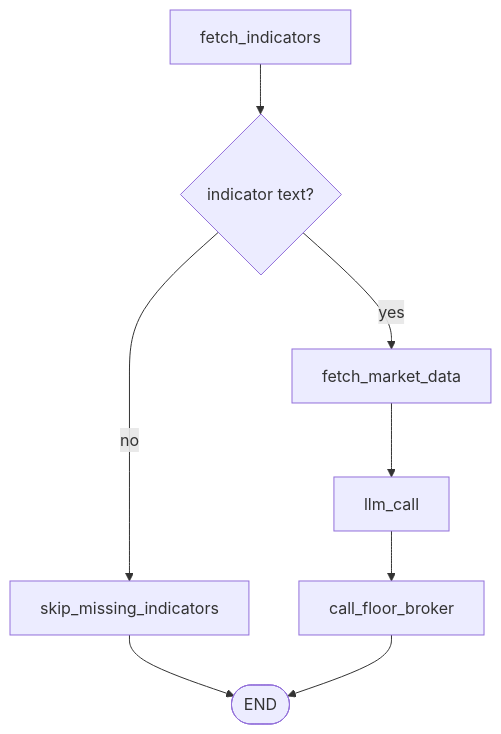
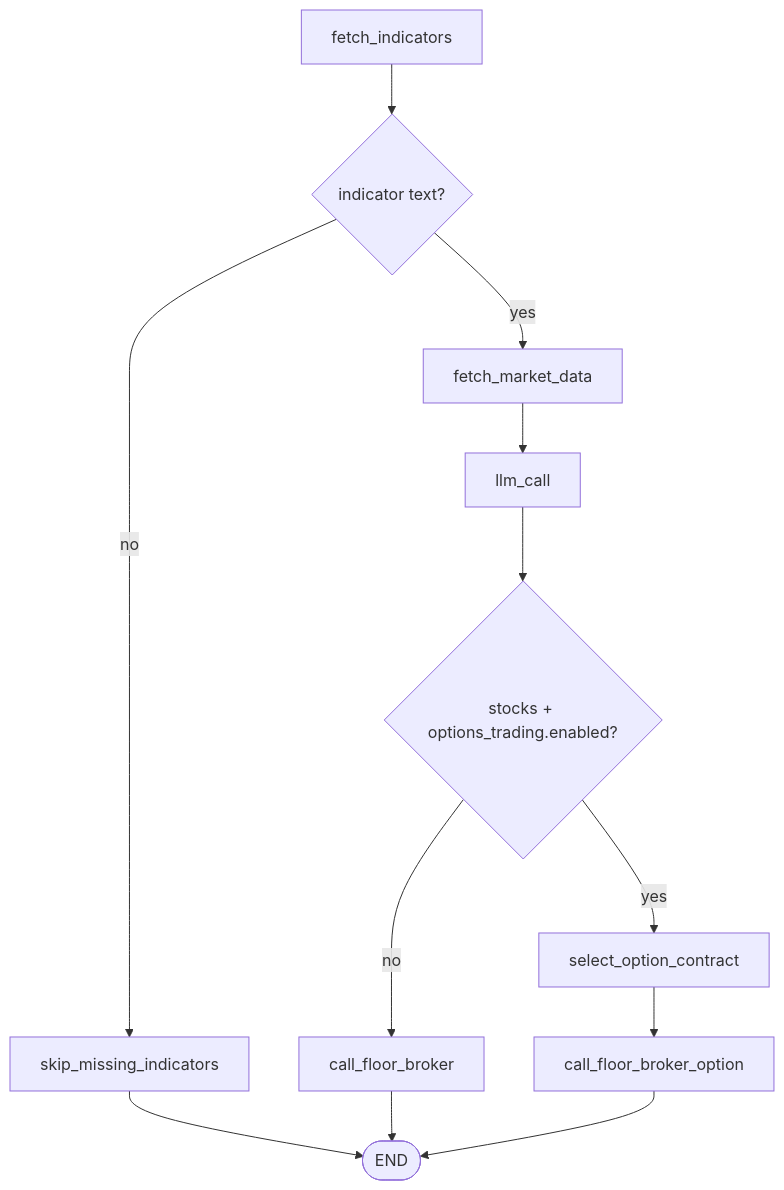
One commit to miramar-labs-org/multi-agent-ai-trader changed the second of 2 diagrams in docs/architecture.md. Above: the diagram before and after it, drawn with Mermaid. The commit also changed other lines of this file and 7 other files, not shown here.

First line of the commit message:
docs: bring all docs current with options-trading (MCP contract selection)

````diff
--- a/docs/architecture.md
+++ b/docs/architecture.md
@@ -240,10 +246,14 @@
 ```mermaid
 flowchart TD
     A[fetch_indicators] --> B{indicator text?}
     B -- no --> E[skip_missing_indicators]
     B -- yes --> C[fetch_market_data]
     C --> D[llm_call]
-    D --> F[call_floor_broker]
+    D --> H{stocks + options_trading.enabled?}
+    H -- no --> F[call_floor_broker]
+    H -- yes --> I[select_option_contract]
+    I --> J[call_floor_broker_option]
     E --> G([END])
     F --> G
+    J --> G
 ```
````
